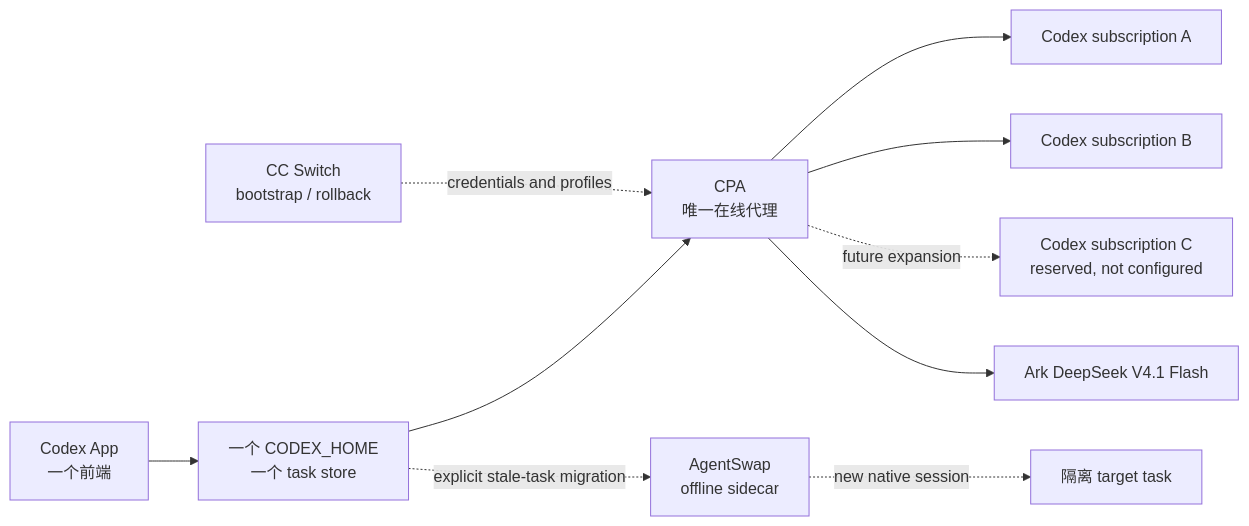
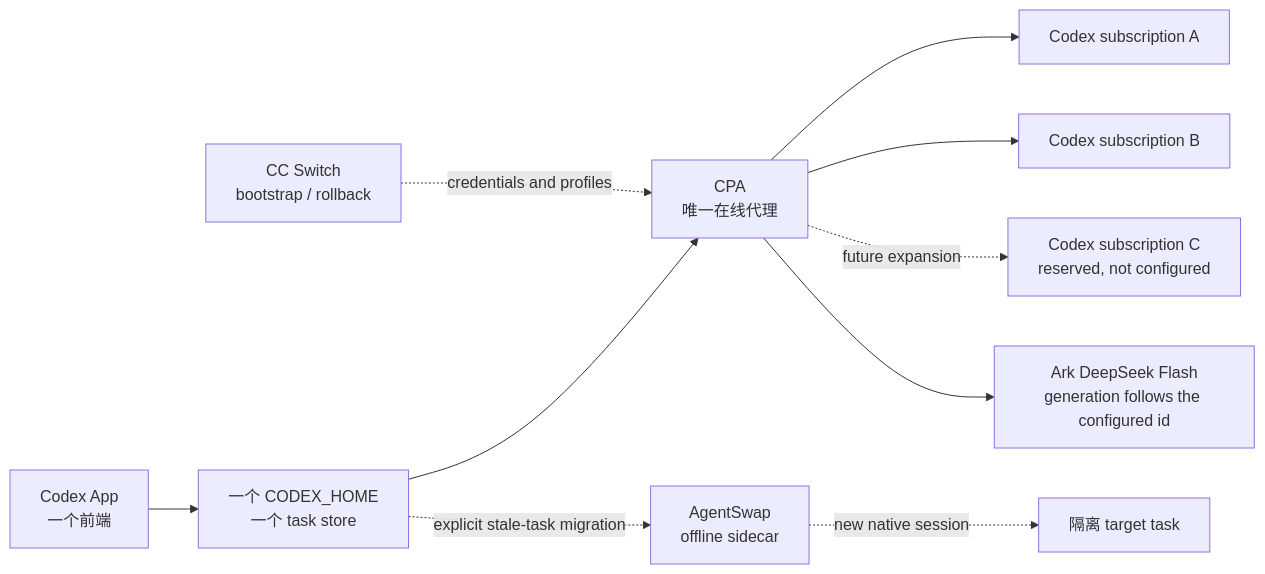
One commit to loopx-project/loopx changed the diagram in packages/loopx-codex-provider-routing/RUNBOOK.md. Above: the diagram before and after it, drawn with Mermaid. The commit also changed other lines of this file and 4 other files, not shown here.

First line of the commit message:
fix(cpa): label each Ark row by its configured id's generation

````diff
--- a/packages/loopx-codex-provider-routing/RUNBOOK.md
+++ b/packages/loopx-codex-provider-routing/RUNBOOK.md
@@ -173,12 +173,12 @@
 ```mermaid
 flowchart LR
   App[Codex App<br/>一个前端] --> Home[一个 CODEX_HOME<br/>一个 task store]
   Home --> CPA[CPA<br/>唯一在线代理]
   CPA --> A[Codex subscription A]
   CPA --> B[Codex subscription B]
   CPA -. future expansion .-> C[Codex subscription C<br/>reserved, not configured]
-  CPA --> Ark[Ark DeepSeek V4.1 Flash]
+  CPA --> Ark[Ark DeepSeek Flash<br/>generation follows the configured id]
   CCS[CC Switch<br/>bootstrap / rollback] -. credentials and profiles .-> CPA
   Home -. explicit stale-task migration .-> Swap[AgentSwap<br/>offline sidecar]
   Swap -. new native session .-> Quarantine[隔离 target task]
 ```
````
